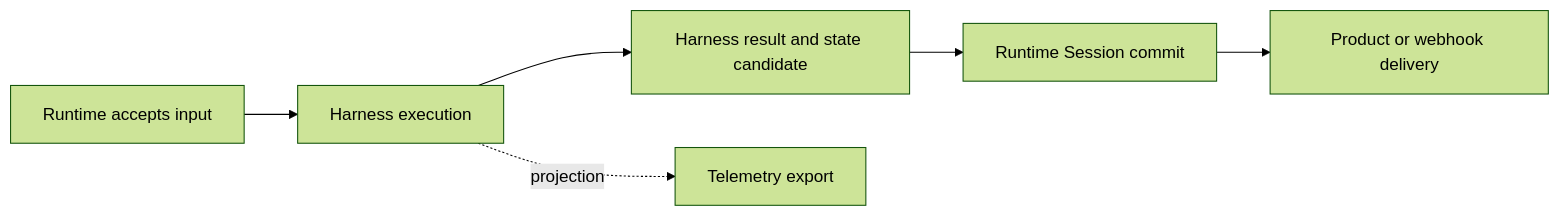
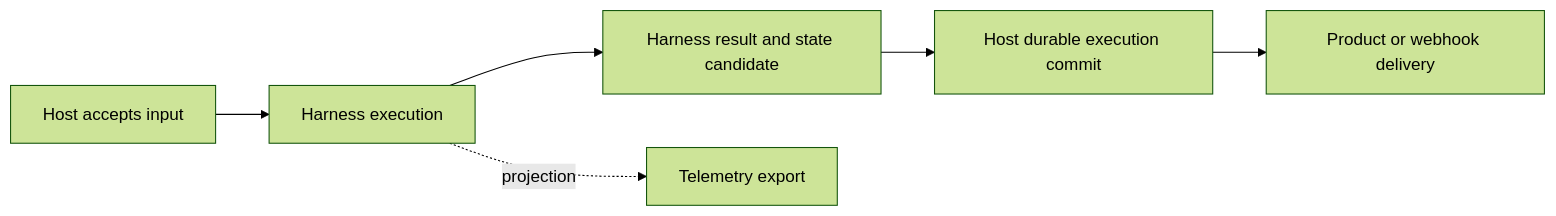
Before and after one commit to LTThreeComma/agent-foundation: the fourth of 4 diagrams in spec/README.md, drawn with Mermaid (forest theme). The commit also changed other lines of this file and 34 other files, not shown here.

First line of the commit message:
docs(spec): establish component architecture contracts

````diff
--- a/spec/README.md
+++ b/spec/README.md
@@ -195,8 +217,8 @@
 ```mermaid
 flowchart LR
-    Accept[Runtime accepts input] --> Execute[Harness execution]
+    Accept[Host accepts input] --> Execute[Harness execution]
     Execute --> Candidate[Harness result and state candidate]
-    Candidate --> Commit[Runtime Session commit]
+    Candidate --> Commit[Host durable execution commit]
     Commit --> Deliver[Product or webhook delivery]
     Execute -. projection .-> Telemetry[Telemetry export]
 ```
````
